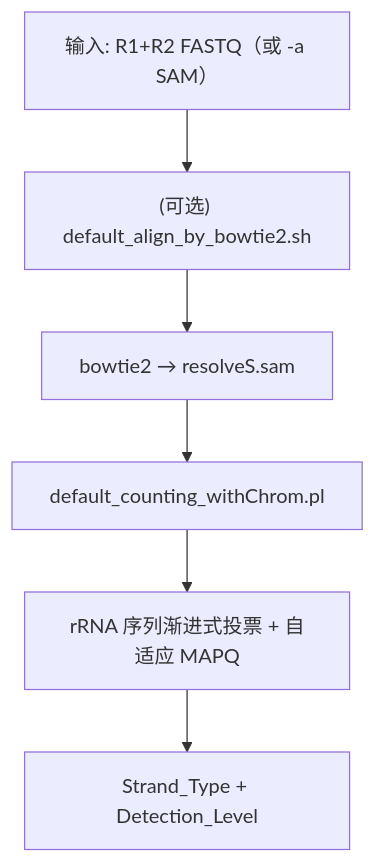
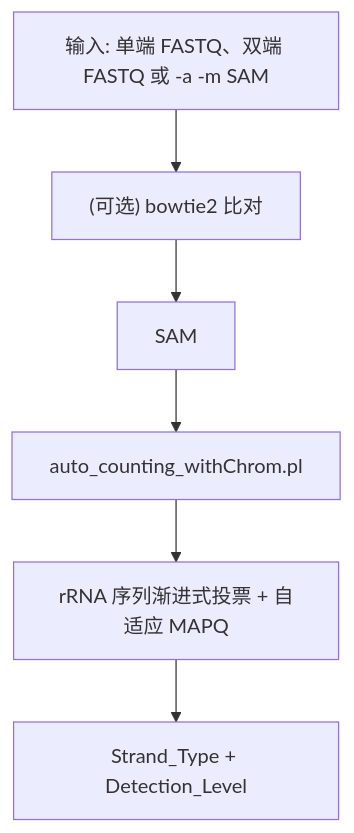
Before and after one commit to yudalang3/resolveS: the first of 3 diagrams in README_zh.md, drawn with Mermaid. The commit also changed other lines of this file and 35 other files, not shown here.

````diff
--- a/README_zh.md
+++ b/README_zh.md
@@ -185,8 +199,8 @@
 ```mermaid
 flowchart TD
-    A["输入: R1+R2 FASTQ（或 -a SAM）"] --> B["(可选) default_align_by_bowtie2.sh"]
-    B --> C["bowtie2 → resolveS.sam"]
-    C --> D["default_counting_withChrom.pl"]
+    A["输入: 单端 FASTQ、双端 FASTQ 或 -a -m SAM"] --> B["(可选) bowtie2 比对"]
+    B --> C["SAM"]
+    C --> D["auto_counting_withChrom.pl"]
     D --> E["rRNA 序列渐进式投票 + 自适应 MAPQ"]
     E --> F["Strand_Type + Detection_Level"]
 ```
````
